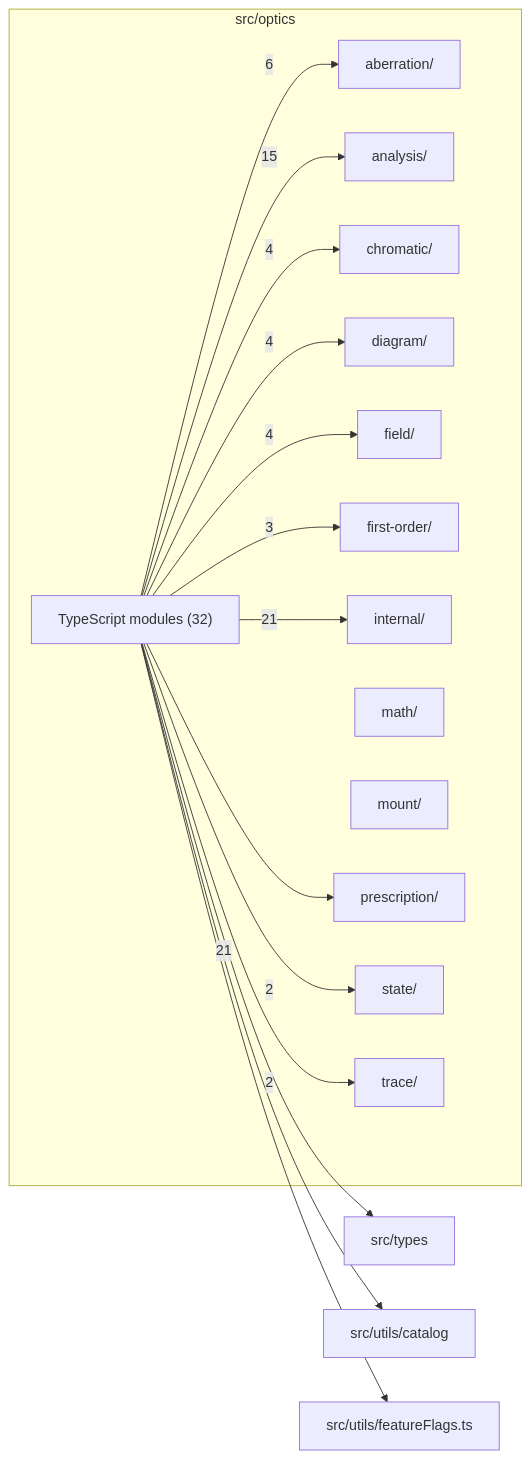
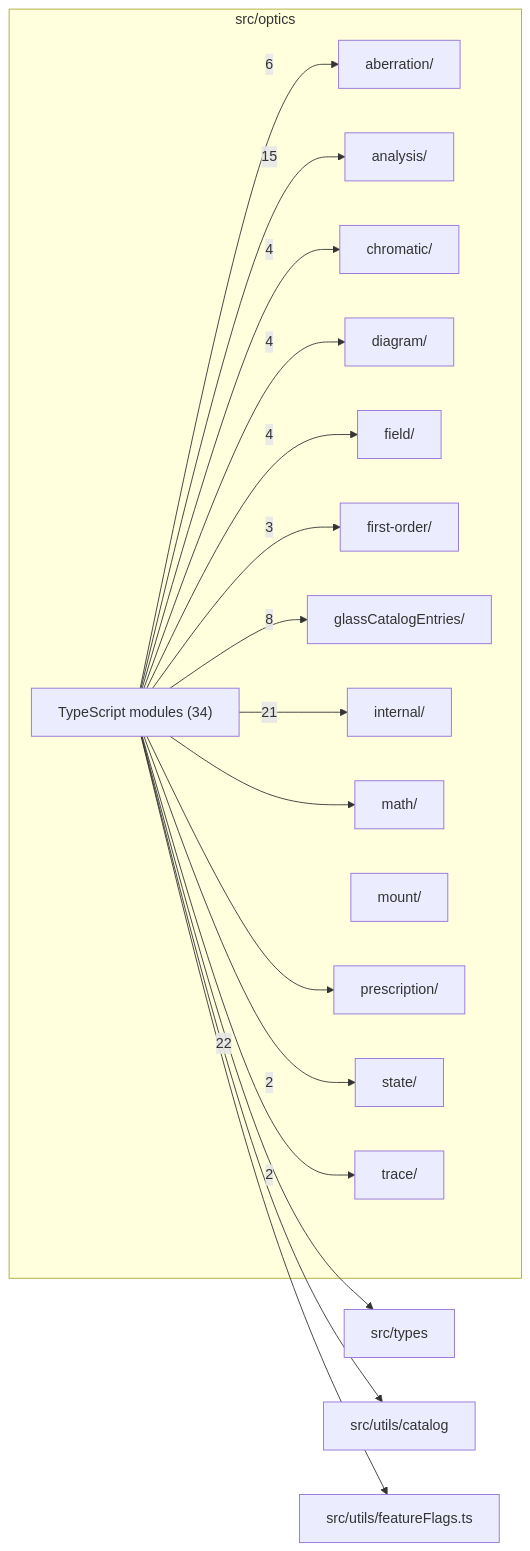
Before and after one commit to ronbuening/LensVisualizer: the diagram in src/optics/readme.md, drawn with Mermaid. The commit also changed other lines of this file and 38 other files, not shown here.

````diff
--- a/src/optics/readme.md
+++ b/src/optics/readme.md
@@ -9,34 +9,37 @@
 ```mermaid
 flowchart LR
   subgraph n_src_optics["src/optics"]
     n_src_optics_src_optics_aberration["aberration/"]
     n_src_optics_src_optics_analysis["analysis/"]
     n_src_optics_src_optics_chromatic["chromatic/"]
     n_src_optics_src_optics_diagram["diagram/"]
     n_src_optics_src_optics_field["field/"]
     n_src_optics_src_optics_first_order["first-order/"]
+    n_src_optics_src_optics_glassCatalogEntries["glassCatalogEntries/"]
     n_src_optics_src_optics_internal["internal/"]
     n_src_optics_src_optics_math["math/"]
     n_src_optics_src_optics_mount["mount/"]
     n_src_optics_src_optics_prescription["prescription/"]
     n_src_optics_src_optics_state["state/"]
     n_src_optics_src_optics_trace["trace/"]
-    n_src_optics_TypeScript_modules["TypeScript modules (32)"]
+    n_src_optics_TypeScript_modules["TypeScript modules (34)"]
   end
   n_external_src_types["src/types"]
   n_external_src_utils_catalog["src/utils/catalog"]
   n_external_src_utils_featureFlags_ts["src/utils/featureFlags.ts"]
-  n_src_optics_TypeScript_modules --> |21| n_external_src_types
+  n_src_optics_TypeScript_modules --> |22| n_external_src_types
   n_src_optics_TypeScript_modules --> |21| n_src_optics_src_optics_internal
   n_src_optics_TypeScript_modules --> |15| n_src_optics_src_optics_analysis
+  n_src_optics_TypeScript_modules --> |8| n_src_optics_src_optics_glassCatalogEntries
   n_src_optics_TypeScript_modules --> |6| n_src_optics_src_optics_aberration
   n_src_optics_TypeScript_modules --> |4| n_src_optics_src_optics_chromatic
   n_src_optics_TypeScript_modules --> |4| n_src_optics_src_optics_diagram
   n_src_optics_TypeScript_modules --> |4| n_src_optics_src_optics_field
   n_src_optics_TypeScript_modules --> |3| n_src_optics_src_optics_first_order
   n_src_optics_TypeScript_modules --> |2| n_src_optics_src_optics_state
   n_src_optics_TypeScript_modules --> |2| n_src_optics_src_optics_trace
   n_src_optics_TypeScript_modules --> n_external_src_utils_catalog
   n_src_optics_TypeScript_modules --> n_external_src_utils_featureFlags_ts
+  n_src_optics_TypeScript_modules --> n_src_optics_src_optics_math
   n_src_optics_TypeScript_modules --> n_src_optics_src_optics_prescription
 ```
````
